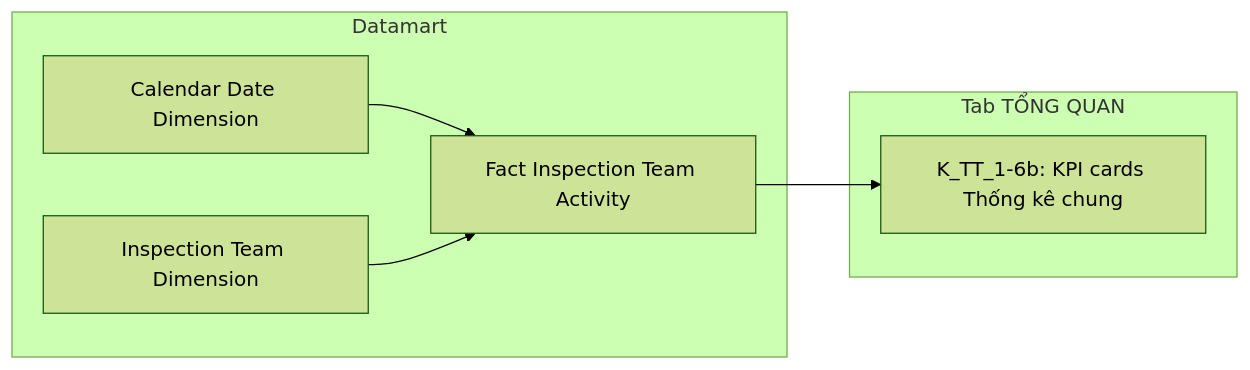
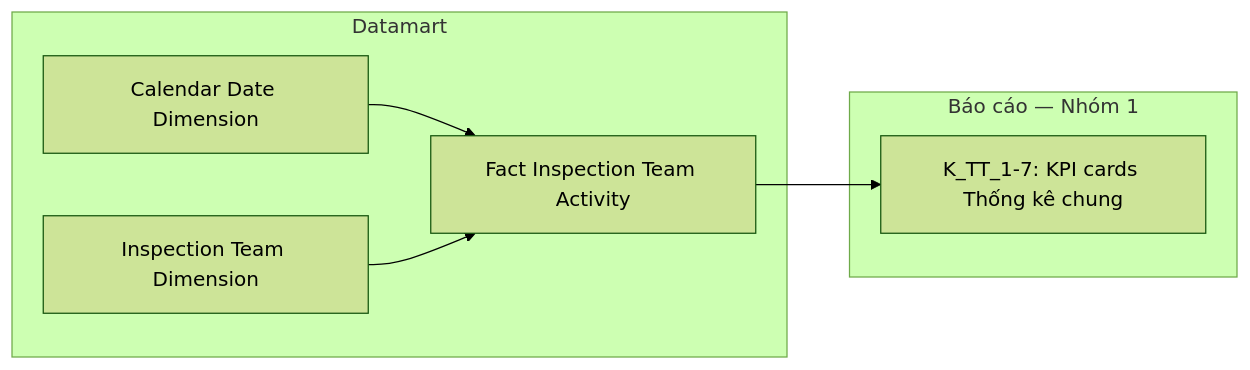
One commit to linhlvit/ubck_atomic_design changed diagram 14 of 50 in Datamart/hld/DTM_TT_HLD.md. Above: the diagram before and after it, drawn with Mermaid (forest theme). The commit also changed other lines of this file and 26 other files, not shown here.

````diff
--- a/Datamart/hld/DTM_TT_HLD.md
+++ b/Datamart/hld/DTM_TT_HLD.md
@@ -480,14 +484,14 @@
 ```mermaid
 flowchart LR
     subgraph Datamart["Datamart"]
         G1["Fact Inspection Team Activity"]
         G2["Calendar Date Dimension"]
         G3["Inspection Team Dimension"]
     end
-    subgraph RPT["Tab TỔNG QUAN"]
-        R1["K_TT_1-6b: KPI cards Thống kê chung"]
+    subgraph RPT["Báo cáo — Nhóm 1"]
+        R1["K_TT_1-7: KPI cards Thống kê chung"]
     end
     G2 --> G1
     G3 --> G1
     G1 --> R1
 ```
````
